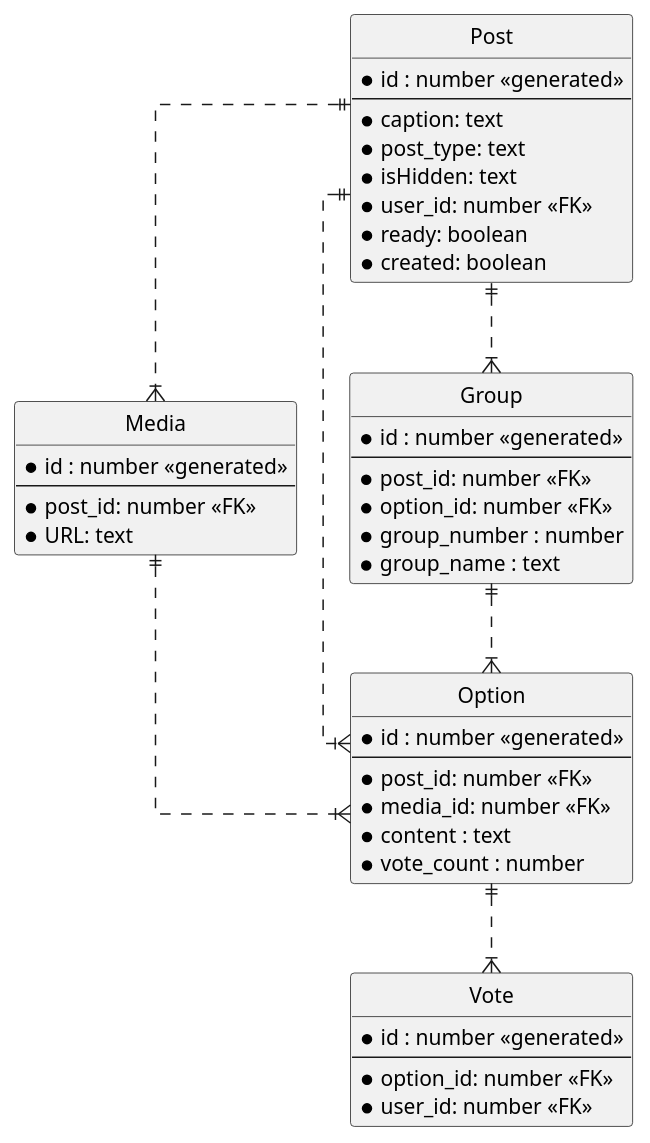
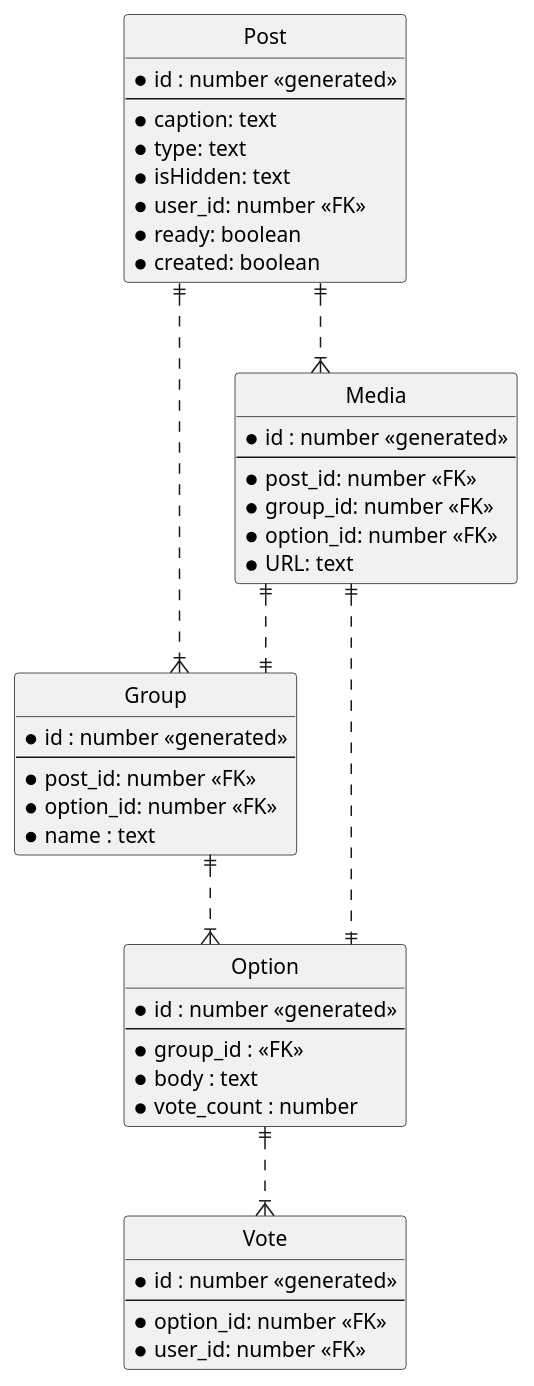
One commit to saifaldin/diagrams changed the diagram in services_diagrams_databases/post/post.database.plantuml. Above: the diagram before and after it, drawn with PlantUML. The commit also changed 1 other file, not shown here.

```diff
--- a/services_diagrams_databases/post/post.database.plantuml
+++ b/services_diagrams_databases/post/post.database.plantuml
@@ -1,60 +1,60 @@
 @startuml posts_database
 ' hide the spot
 hide circle
 
 ' avoid problems with angled crows feet
 skinparam linetype ortho
 
 entity "Post" as post {
     *id : number <<generated>>
     --
     *caption: text
-    *post_type: text
+    *type: text
     *isHidden: text
     *user_id: number <<FK>>
     *ready: boolean
     *created: boolean
 }
 
 entity "Media" as media {
     *id : number <<generated>>
     --
     *post_id: number <<FK>>
+    *group_id: number <<FK>>
+    *option_id: number <<FK>>
     *URL: text
 }
 
 entity "Group" as group {
     *id : number <<generated>>
     --
     *post_id: number <<FK>>
     *option_id: number <<FK>>
-    *group_number : number
-    *group_name : text
+    *name : text
 }
 
 entity "Option" as option {
     *id : number <<generated>>
     --
-    *post_id: number <<FK>>
     'content column is just text content of the text options
     'images are requested from media service by post id
-    *media_id: number <<FK>>
-    *content : text
+    *group_id : <<FK>>
+    *body : text
     *vote_count : number
 }
 
 entity "Vote" as vote {
     *id : number <<generated>>
     --
     *option_id: number <<FK>>
     *user_id: number <<FK>>
 }
 
-post ||..|{ option
 post ||..|{ media
 post ||..|{ group
 group ||..|{ option
 option ||..|{ vote
-media ||..|{ option
+media ||..|| option
+media ||..|| group
 
 @enduml
```
